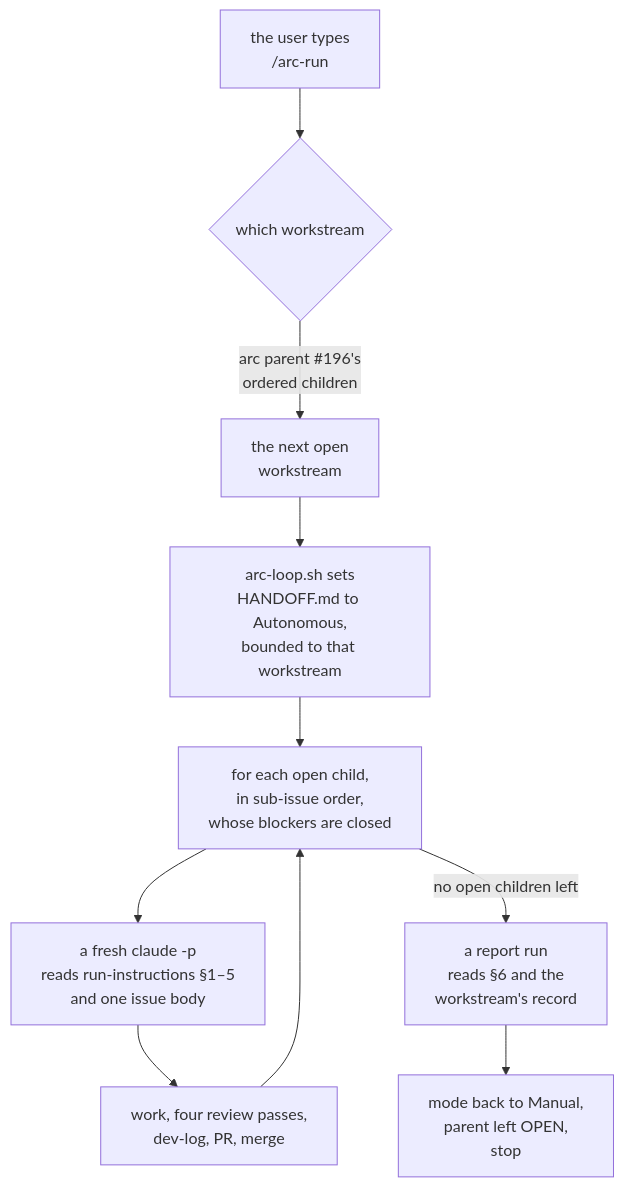
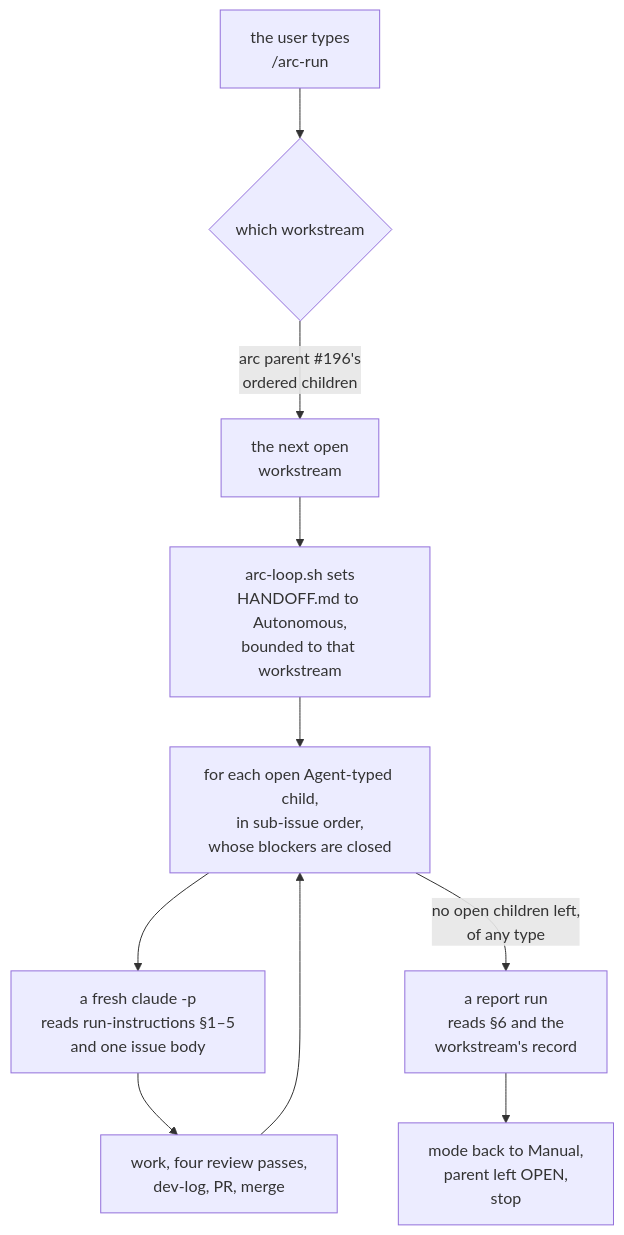
One commit to Calyx-Engineering/arc changed the diagram in docs/arc-work/04-dogfood/execution-process.md. Above: the diagram before and after it, drawn with Mermaid. The commit also changed 8 other files, not shown here.

First line of the commit message:
feat: the issue type says who does the work (#274)

````diff
--- a/docs/arc-work/04-dogfood/execution-process.md
+++ b/docs/arc-work/04-dogfood/execution-process.md
@@ -12,12 +12,12 @@
 ```mermaid
 flowchart TB
     U["the user types<br/>/arc-run"] --> C{"which workstream"}
     C -->|"arc parent #196's<br/>ordered children"| W["the next open<br/>workstream"]
     W --> M["arc-loop.sh sets<br/>HANDOFF.md to Autonomous,<br/>bounded to that workstream"]
-    M --> L["for each open child,<br/>in sub-issue order,<br/>whose blockers are closed"]
+    M --> L["for each open Agent-typed child,<br/>in sub-issue order,<br/>whose blockers are closed"]
     L --> R["a fresh claude -p<br/>reads run-instructions §1–5<br/>and one issue body"]
     R --> P["work, four review passes,<br/>dev-log, PR, merge"]
     P --> L
-    L -->|"no open children left"| B["a report run<br/>reads §6 and the<br/>workstream's record"]
+    L -->|"no open children left,<br/>of any type"| B["a report run<br/>reads §6 and the<br/>workstream's record"]
     B --> X["mode back to Manual,<br/>parent left OPEN,<br/>stop"]
 ```
````
